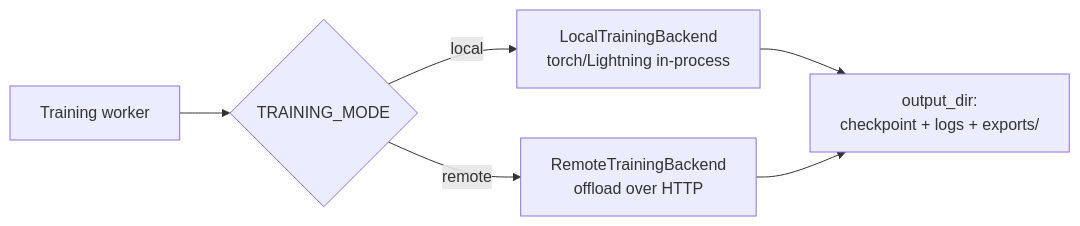
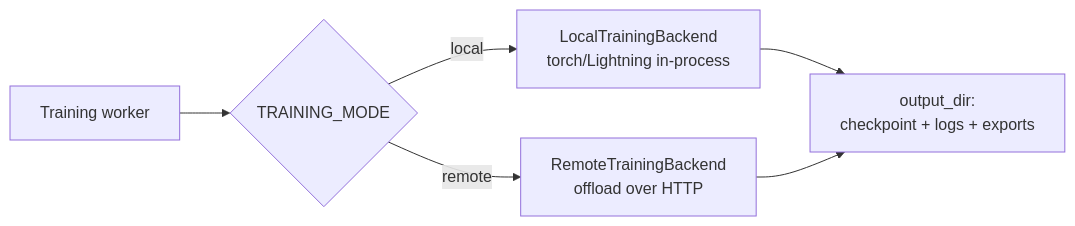
One commit to open-edge-platform/physical-ai-studio changed the second of 3 diagrams in application/docs/designs/remote-training.md. Above: the diagram before and after it, drawn with Mermaid. The commit also changed other lines of this file and 3 other files, not shown here.

````diff
--- a/application/docs/designs/remote-training.md
+++ b/application/docs/designs/remote-training.md
@@ -70,8 +65,8 @@
 ```mermaid
 flowchart LR
     W[Training worker] --> GB{TRAINING_MODE}
     GB -- local --> LB[LocalTrainingBackend<br/>torch/Lightning in-process]
     GB -- remote --> RB[RemoteTrainingBackend<br/>offload over HTTP]
-    LB --> OUT[output_dir:<br/>checkpoint + logs + exports/]
+    LB --> OUT[output_dir:<br/>checkpoint + logs + exports]
     RB --> OUT
 ```
````
